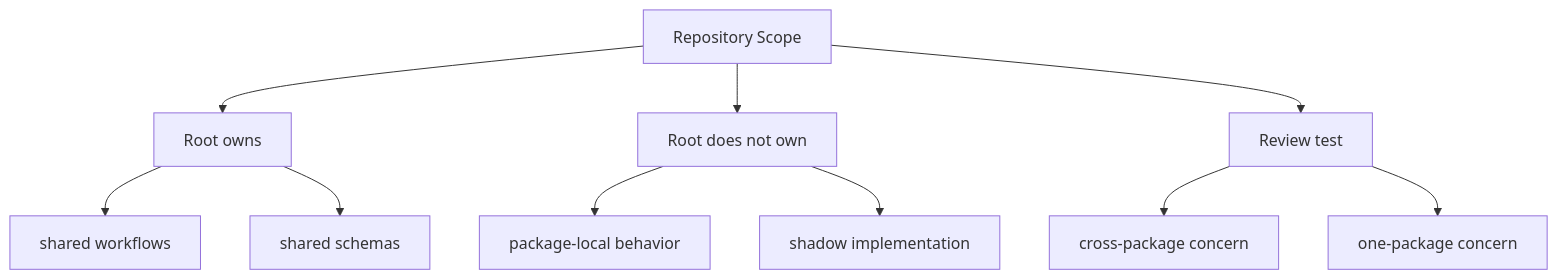
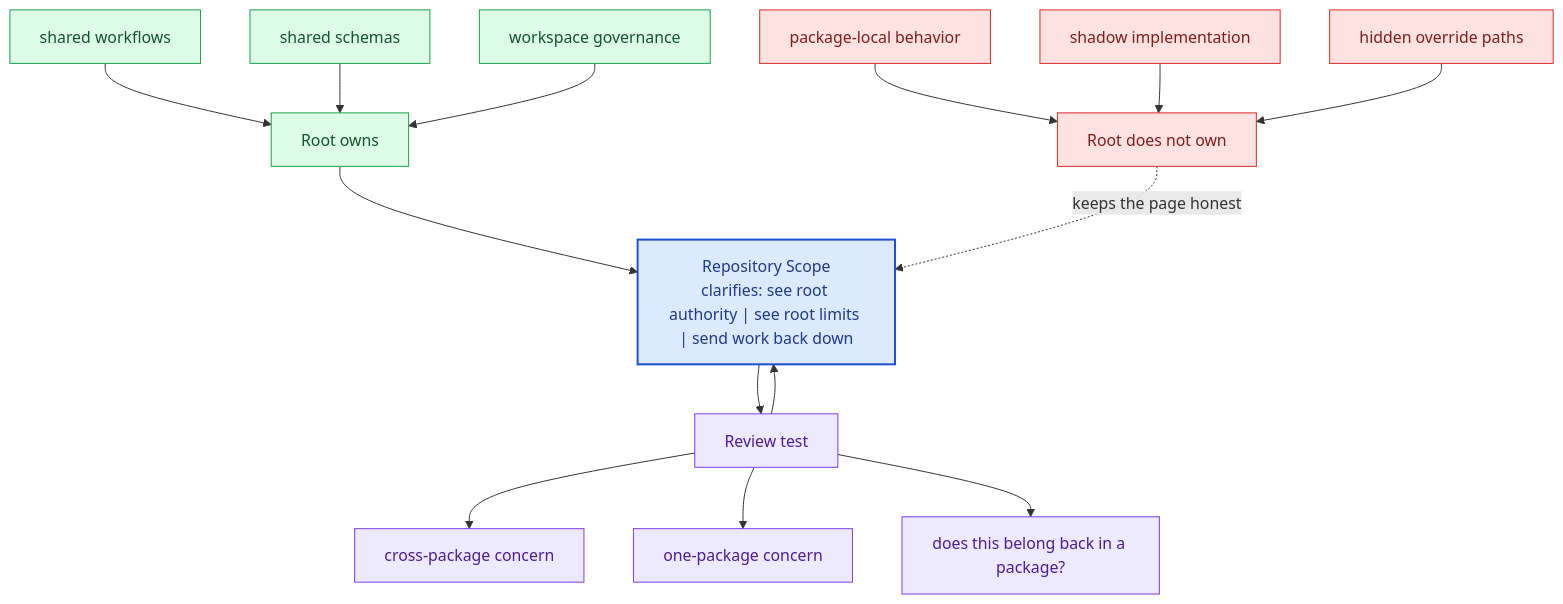
The second of 2 diagrams in docs/bijux-canon/repository-scope.md (bijux/bijux-canon), drawn with Mermaid before and after one commit. The commit also changed other lines of this file and 281 other files, not shown here.

Commit message:
docs(diagrams): deepen handbook mermaid maps across the catalog

````diff
--- a/docs/bijux-canon/repository-scope.md
+++ b/docs/bijux-canon/repository-scope.md
@@ -37,22 +70,40 @@
 ```mermaid
-flowchart TD
-    page["Repository Scope"]
+flowchart TB
+    promise["Repository Scope<br/>clarifies: see root authority | see root limits | send work back down"]
+    classDef promise fill:#dbeafe,stroke:#1d4ed8,color:#1e3a8a,stroke-width:2px;
+    classDef driver fill:#dcfce7,stroke:#16a34a,color:#14532d;
+    classDef constraint fill:#fee2e2,stroke:#dc2626,color:#7f1d1d;
+    classDef ground fill:#ede9fe,stroke:#7c3aed,color:#4c1d95;
     focus1["Root owns"]
-    page --> focus1
+    focus1 --> promise
     focus1_1["shared workflows"]
-    focus1 --> focus1_1
+    focus1_1 --> focus1
     focus1_2["shared schemas"]
-    focus1 --> focus1_2
+    focus1_2 --> focus1
+    focus1_3["workspace governance"]
+    focus1_3 --> focus1
+    class focus1 driver;
+    class focus1_1,focus1_2,focus1_3 driver;
     focus2["Root does not own"]
-    page --> focus2
+    focus2 -.keeps the page honest.-> promise
     focus2_1["package-local behavior"]
-    focus2 --> focus2_1
+    focus2_1 --> focus2
     focus2_2["shadow implementation"]
-    focus2 --> focus2_2
+    focus2_2 --> focus2
+    focus2_3["hidden override paths"]
+    focus2_3 --> focus2
+    class focus2 constraint;
+    class focus2_1,focus2_2,focus2_3 constraint;
     focus3["Review test"]
-    page --> focus3
+    focus3 --> promise
+    promise --> focus3
     focus3_1["cross-package concern"]
     focus3 --> focus3_1
     focus3_2["one-package concern"]
     focus3 --> focus3_2
+    focus3_3["does this belong back in a package?"]
+    focus3 --> focus3_3
+    class focus3 ground;
+    class focus3_1,focus3_2,focus3_3 ground;
+    class promise promise;
 ```
````
